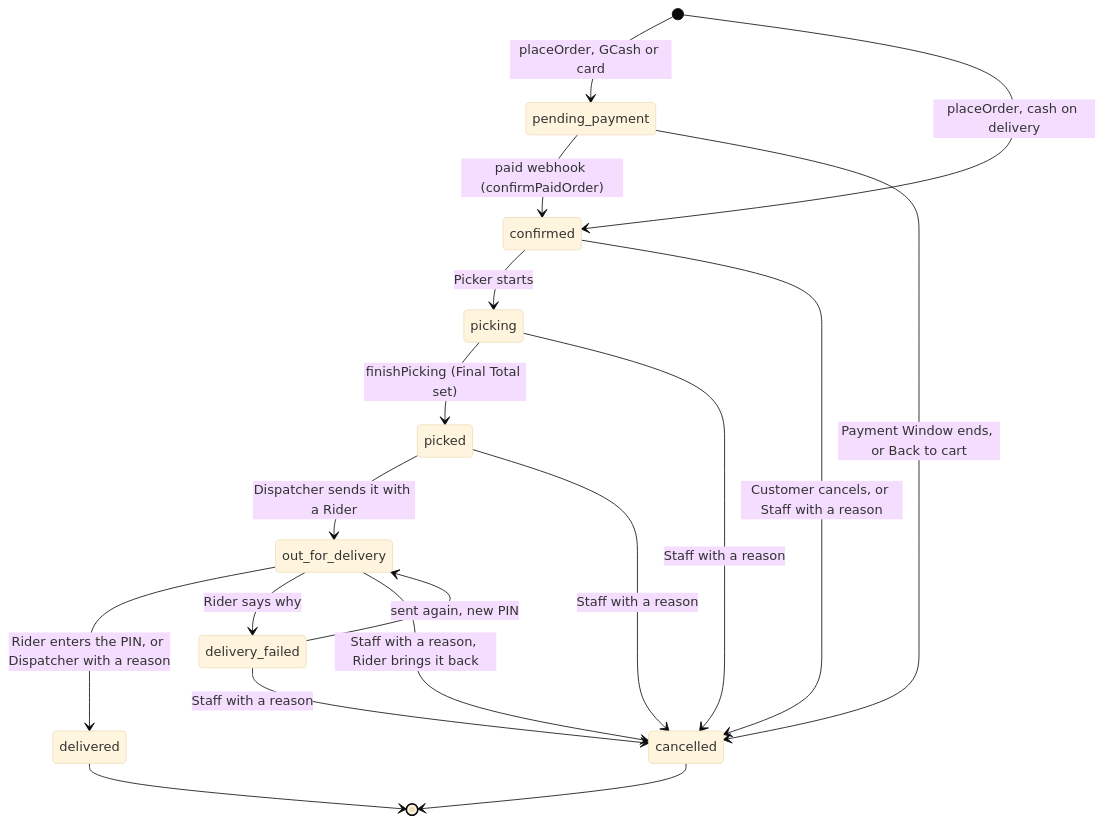
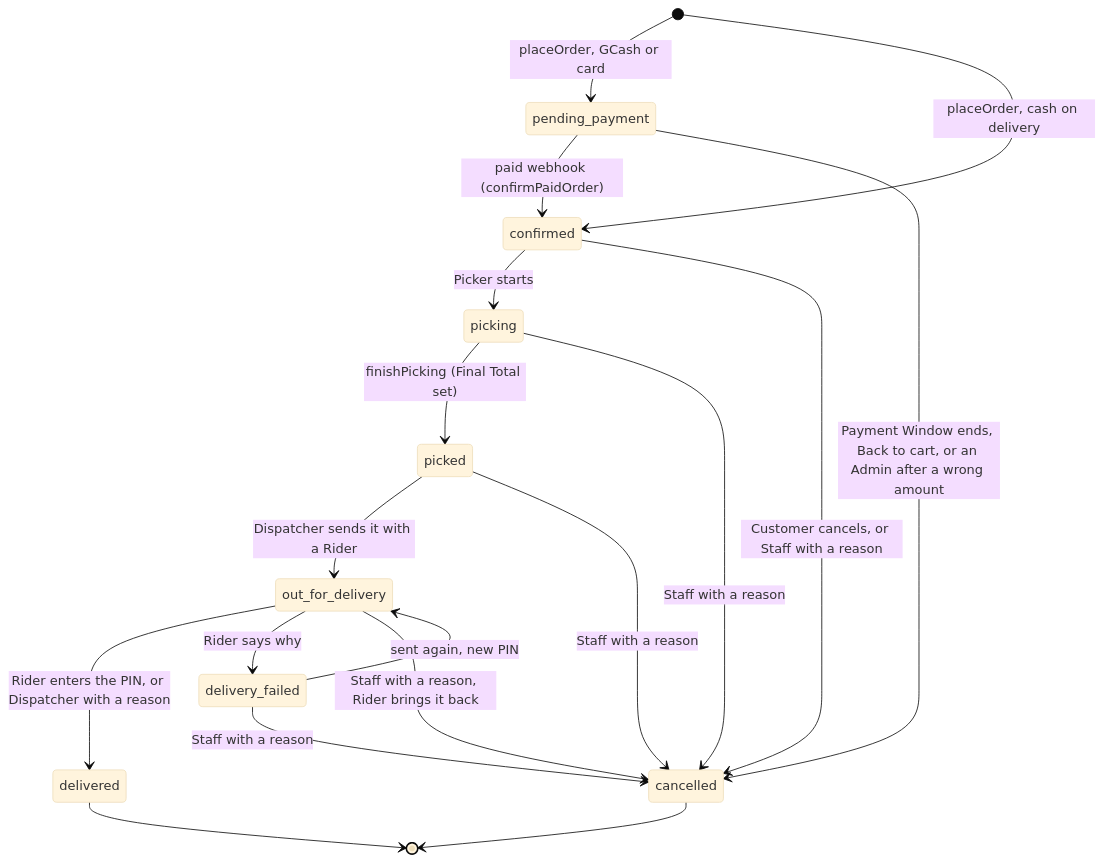
One commit to xtiannjose/Hoshimono changed the first of 4 diagrams in docs/study-guide/08-hub-operations.md. Above: the diagram before and after it, drawn with Mermaid (base theme). The commit also changed other lines of this file and 37 other files, not shown here.

````diff
--- a/docs/study-guide/08-hub-operations.md
+++ b/docs/study-guide/08-hub-operations.md
@@ -11,20 +11,20 @@
 ```mermaid
 stateDiagram-v2
     [*] --> pending_payment: placeOrder, GCash or card
     [*] --> confirmed: placeOrder, cash on delivery
     pending_payment --> confirmed: paid webhook (confirmPaidOrder)
-    pending_payment --> cancelled: Payment Window ends, or Back to cart
+    pending_payment --> cancelled: Payment Window ends, Back to cart, or an Admin after a wrong amount
     confirmed --> picking: Picker starts
     confirmed --> cancelled: Customer cancels, or Staff with a reason
     picking --> picked: finishPicking (Final Total set)
     picking --> cancelled: Staff with a reason
     picked --> out_for_delivery: Dispatcher sends it with a Rider
     picked --> cancelled: Staff with a reason
     out_for_delivery --> delivered: Rider enters the PIN, or Dispatcher with a reason
     out_for_delivery --> delivery_failed: Rider says why
     out_for_delivery --> cancelled: Staff with a reason, Rider brings it back
     delivery_failed --> out_for_delivery: sent again, new PIN
     delivery_failed --> cancelled: Staff with a reason
     delivered --> [*]
     cancelled --> [*]
 ```
````
